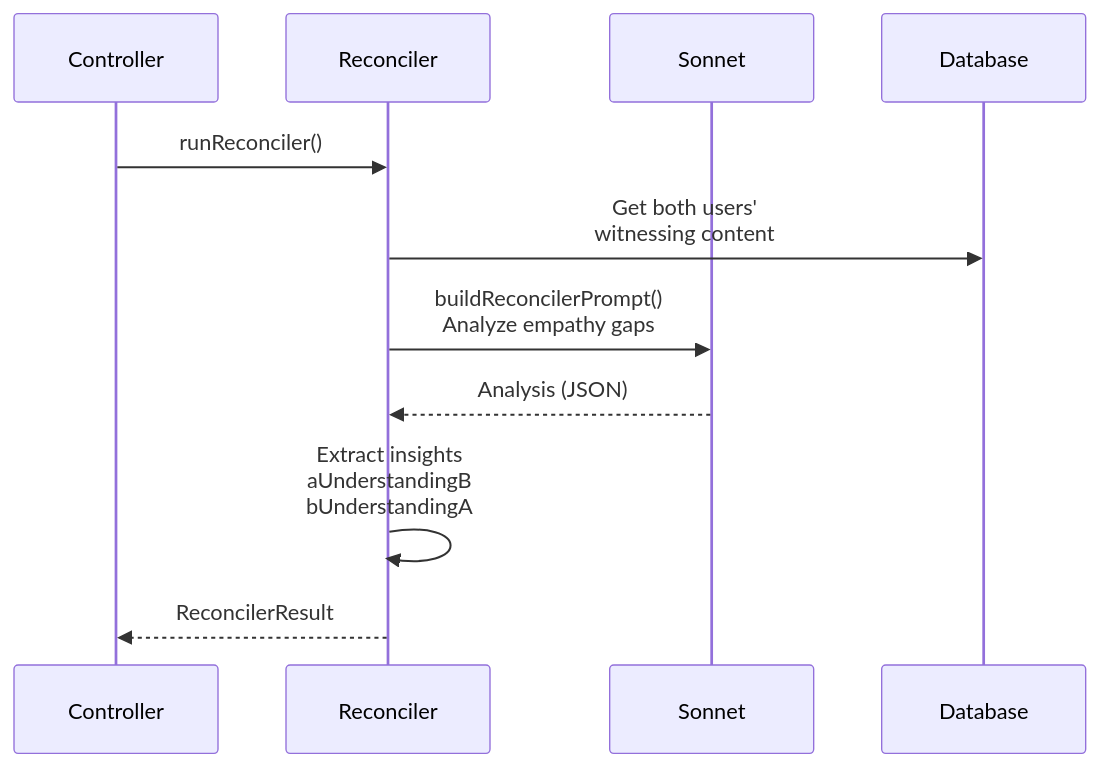
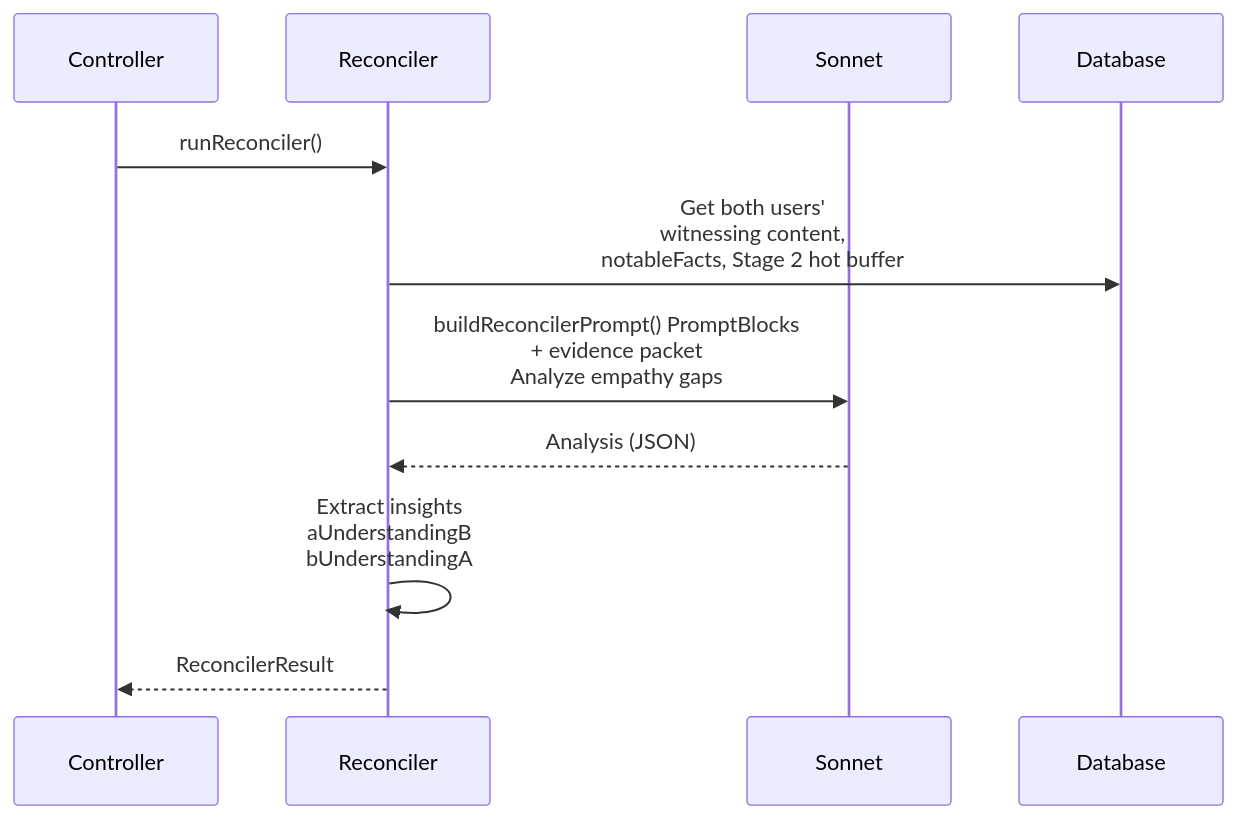
Before and after one commit to shantamg/meet-without-fear: diagram 17 of 17 in docs/backend/prompting-architecture.md, drawn with Mermaid. The commit also changed other lines of this file and 6 other files, not shown here.

Commit message:
implement prompt-cached hybrid reconciler

````diff
--- a/docs/backend/prompting-architecture.md
+++ b/docs/backend/prompting-architecture.md
@@ -775,18 +775,18 @@
 ```mermaid
 sequenceDiagram
     participant Controller
     participant Reconciler
     participant Sonnet
     participant Database
 
     Controller->>Reconciler: runReconciler()
 
-    Reconciler->>Database: Get both users'<br/>witnessing content
+    Reconciler->>Database: Get both users'<br/>witnessing content,<br/>notableFacts, Stage 2 hot buffer
 
-    Reconciler->>Sonnet: buildReconcilerPrompt()<br/>Analyze empathy gaps
+    Reconciler->>Sonnet: buildReconcilerPrompt() PromptBlocks<br/>+ evidence packet<br/>Analyze empathy gaps
     Sonnet-->>Reconciler: Analysis (JSON)
 
     Reconciler->>Reconciler: Extract insights<br/>aUnderstandingB<br/>bUnderstandingA
 
     Reconciler-->>Controller: ReconcilerResult
 ```
````
